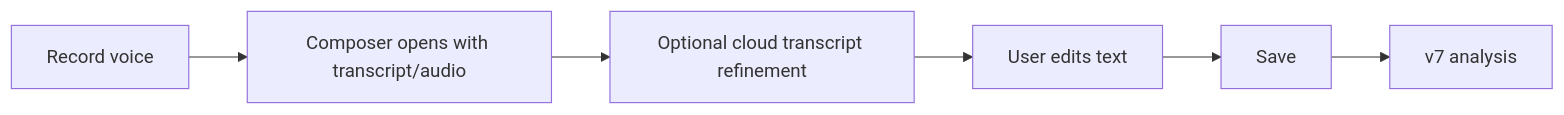
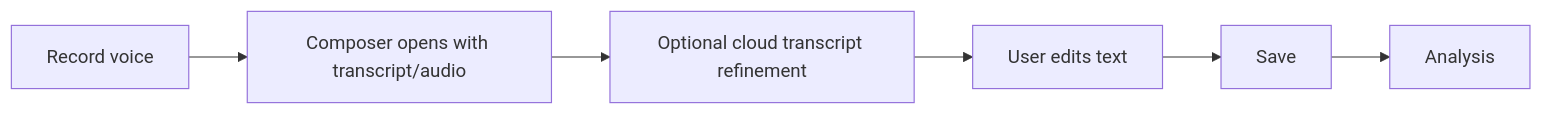
One commit to daaihang/sprout changed the second of 5 diagrams in docs/mory_system_handbook/02_user_journeys/README.md. Above: the diagram before and after it, drawn with Mermaid. The commit also changed other lines of this file and 90 other files, not shown here.

````diff
--- a/docs/mory_system_handbook/02_user_journeys/README.md
+++ b/docs/mory_system_handbook/02_user_journeys/README.md
@@ -21,8 +21,8 @@
 ```mermaid
 flowchart LR
     A["Record voice"] --> B["Composer opens with transcript/audio"]
     B --> C["Optional cloud transcript refinement"]
     C --> D["User edits text"]
     D --> E["Save"]
-    E --> F["v7 analysis"]
+    E --> F["Analysis"]
 ```
````
